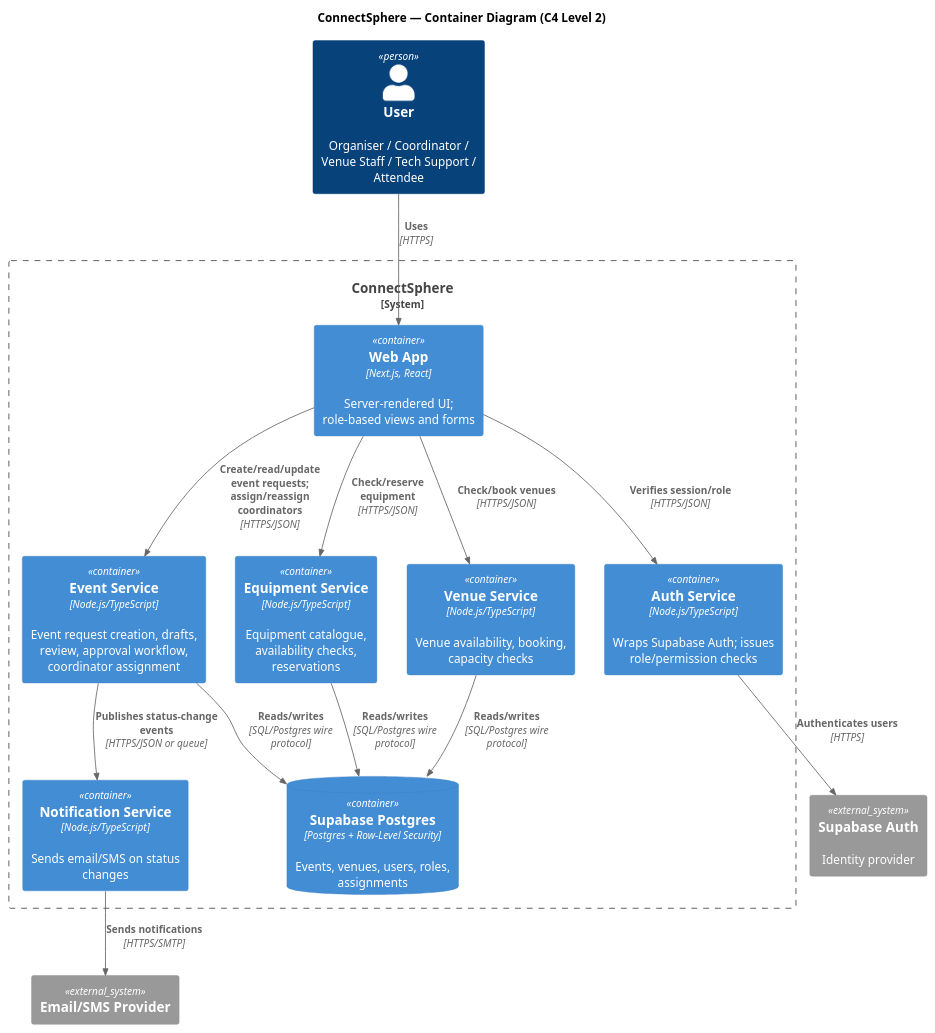
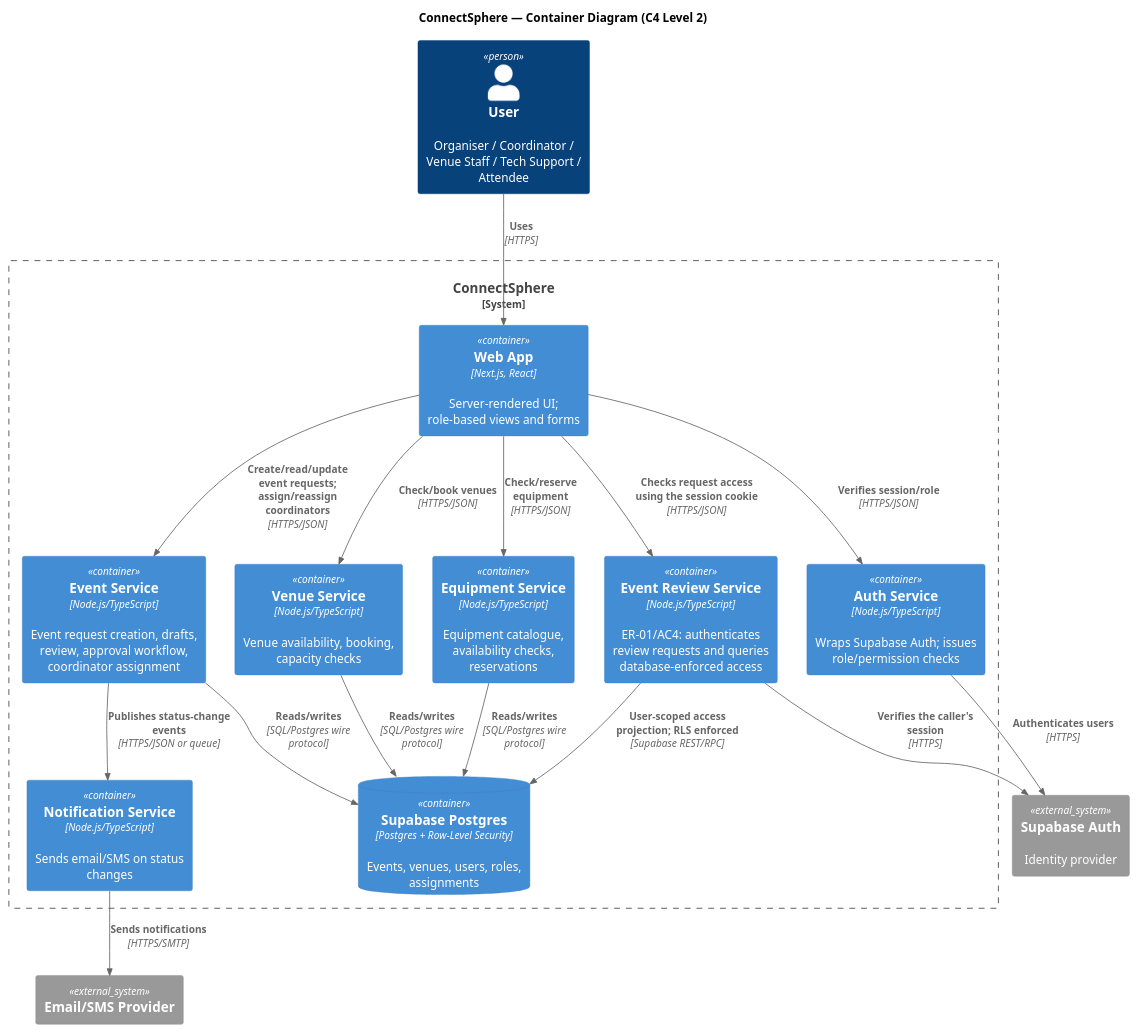
Before and after one commit to danjaii/SPM-T5: the diagram in docs/architecture/c4/container.puml, drawn with PlantUML. The commit also changed 18 other files, not shown here.

Commit message:
SCRUM-23-AC-4: enforce event request access control

```diff
--- a/docs/architecture/c4/container.puml
+++ b/docs/architecture/c4/container.puml
@@ -1,38 +1,42 @@
 @startuml container
 !include https://raw.githubusercontent.com/plantuml-stdlib/C4-PlantUML/master/C4_Container.puml
 
 title ConnectSphere — Container Diagram (C4 Level 2)
 
 Person(user, "User", "Organiser / Coordinator / Venue Staff / Tech Support / Attendee")
 
 System_Boundary(connectsphere, "ConnectSphere") {
   Container(web, "Web App", "Next.js, React", "Server-rendered UI; role-based views and forms")
 
   Container(authSvc, "Auth Service", "Node.js/TypeScript", "Wraps Supabase Auth; issues role/permission checks")
   Container(eventSvc, "Event Service", "Node.js/TypeScript", "Event request creation, drafts, review, approval workflow, coordinator assignment")
+  Container(reviewSvc, "Event Review Service", "Node.js/TypeScript", "ER-01/AC4: authenticates review requests and queries database-enforced access")
   Container(venueSvc, "Venue Service", "Node.js/TypeScript", "Venue availability, booking, capacity checks")
   Container(equipmentSvc, "Equipment Service", "Node.js/TypeScript", "Equipment catalogue, availability checks, reservations")
   Container(notificationSvc, "Notification Service", "Node.js/TypeScript", "Sends email/SMS on status changes")
 
   ContainerDb(db, "Supabase Postgres", "Postgres + Row-Level Security", "Events, venues, users, roles, assignments")
 }
 
 System_Ext(supabaseAuth, "Supabase Auth", "Identity provider")
 System_Ext(emailProvider, "Email/SMS Provider")
 
 Rel(user, web, "Uses", "HTTPS")
 
 Rel(web, authSvc, "Verifies session/role", "HTTPS/JSON")
 Rel(web, eventSvc, "Create/read/update event requests; assign/reassign coordinators", "HTTPS/JSON")
+Rel(web, reviewSvc, "Checks request access using the session cookie", "HTTPS/JSON")
+Rel(reviewSvc, supabaseAuth, "Verifies the caller's session", "HTTPS")
+Rel(reviewSvc, db, "User-scoped access projection; RLS enforced", "Supabase REST/RPC")
 Rel(web, venueSvc, "Check/book venues", "HTTPS/JSON")
 Rel(web, equipmentSvc, "Check/reserve equipment", "HTTPS/JSON")
 
 Rel(authSvc, supabaseAuth, "Authenticates users", "HTTPS")
 Rel(eventSvc, db, "Reads/writes", "SQL/Postgres wire protocol")
 Rel(venueSvc, db, "Reads/writes", "SQL/Postgres wire protocol")
 Rel(equipmentSvc, db, "Reads/writes", "SQL/Postgres wire protocol")
 
 Rel(eventSvc, notificationSvc, "Publishes status-change events", "HTTPS/JSON or queue")
 Rel(notificationSvc, emailProvider, "Sends notifications", "HTTPS/SMTP")
 
 @enduml
```
